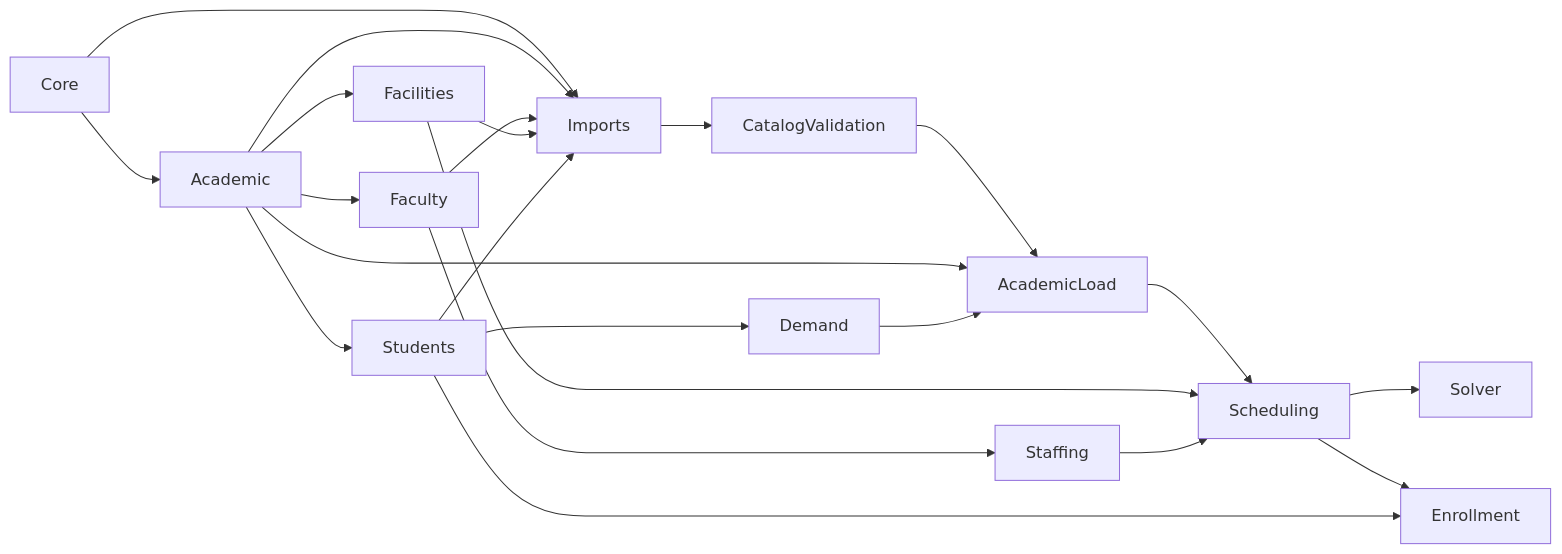
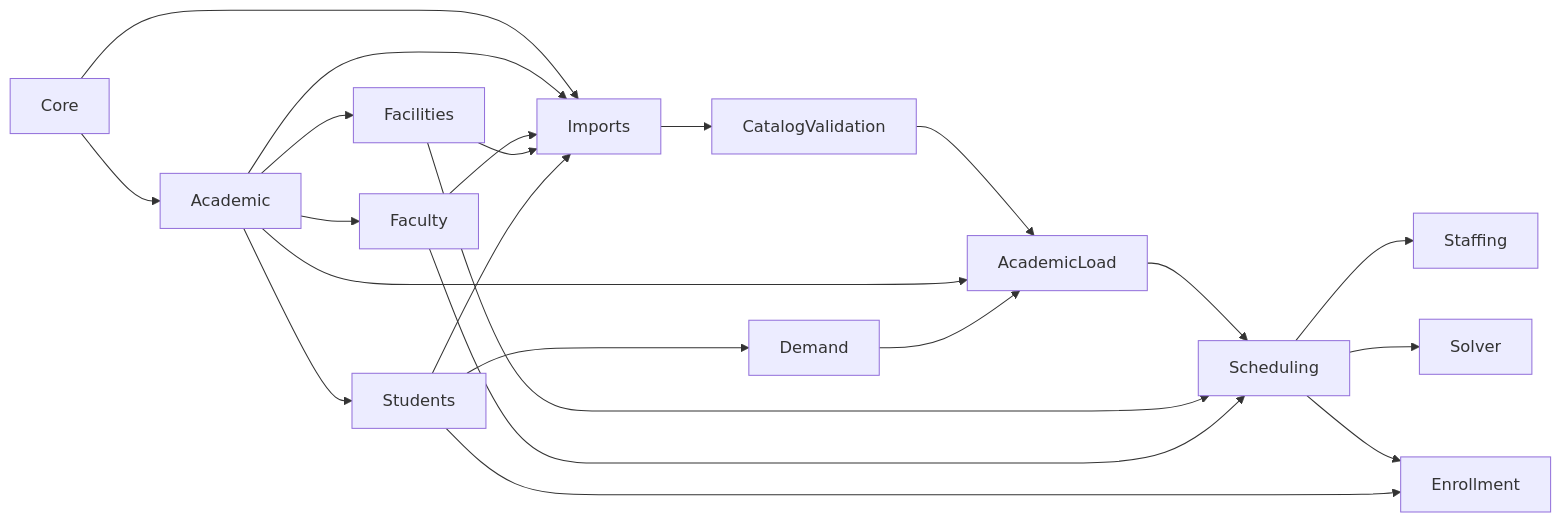
The first of 5 diagrams in docs/dominio/modelo-de-datos.md (Erne1357/nexus), drawn with Mermaid before and after one commit. The commit also changed other lines of this file and 4 other files, not shown here.

First line of the commit message:
docs(staffing): put Staffing to the right of Scheduling (ADR-0020)

````diff
--- a/docs/dominio/modelo-de-datos.md
+++ b/docs/dominio/modelo-de-datos.md
@@ -14,21 +14,21 @@
 ```mermaid
 flowchart LR
     Core --> Academic --> Facilities
     Academic --> Faculty
     Academic --> Students
     Core --> Imports
     Academic --> Imports
     Faculty --> Imports
     Facilities --> Imports
     Students --> Imports
     Imports --> CatalogValidation
     CatalogValidation --> AcademicLoad
     Academic --> AcademicLoad
     Students --> Demand --> AcademicLoad
     AcademicLoad --> Scheduling
     Facilities --> Scheduling
-    Faculty --> Staffing --> Scheduling
+    Faculty --> Scheduling --> Staffing
     Scheduling --> Solver
     Scheduling --> Enrollment
     Students --> Enrollment
 ```
````
